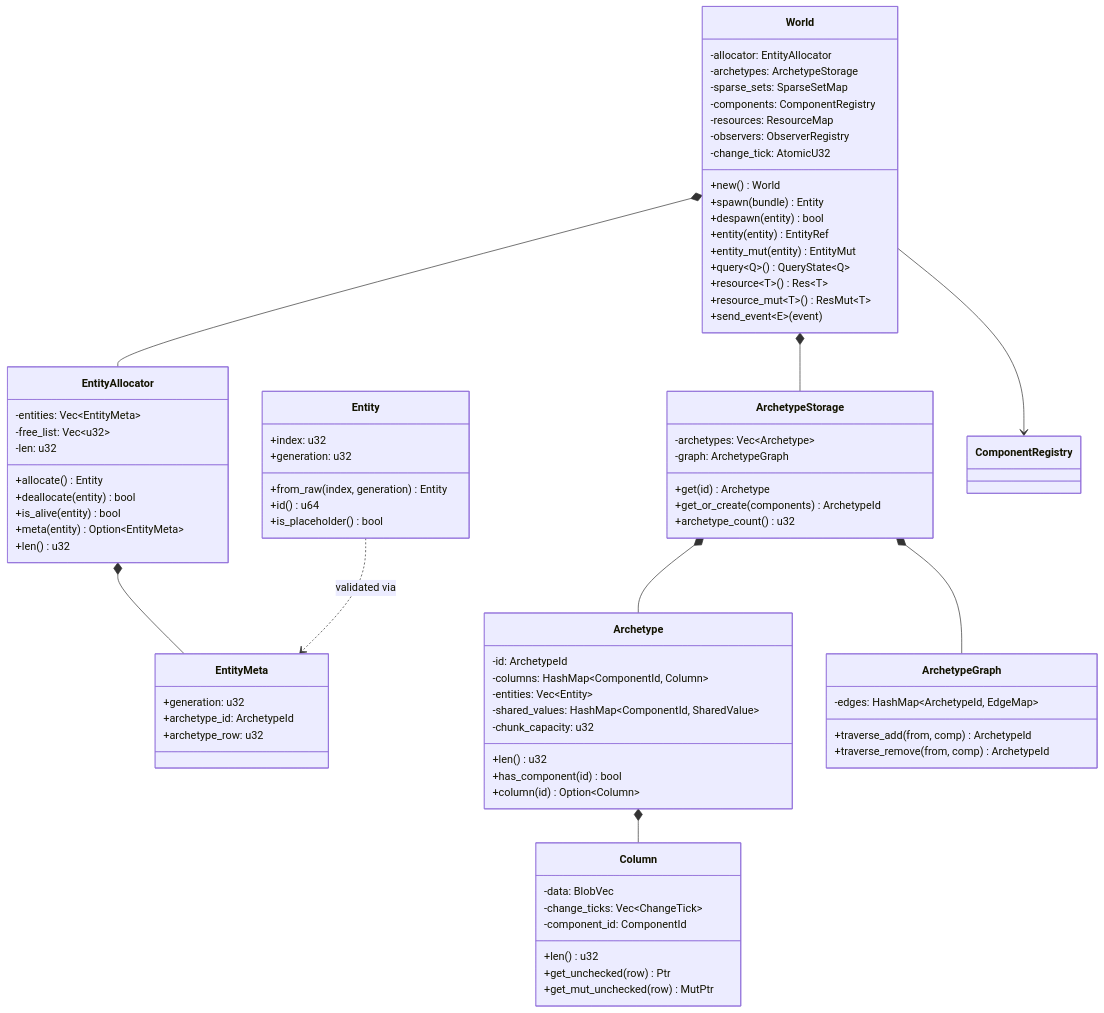
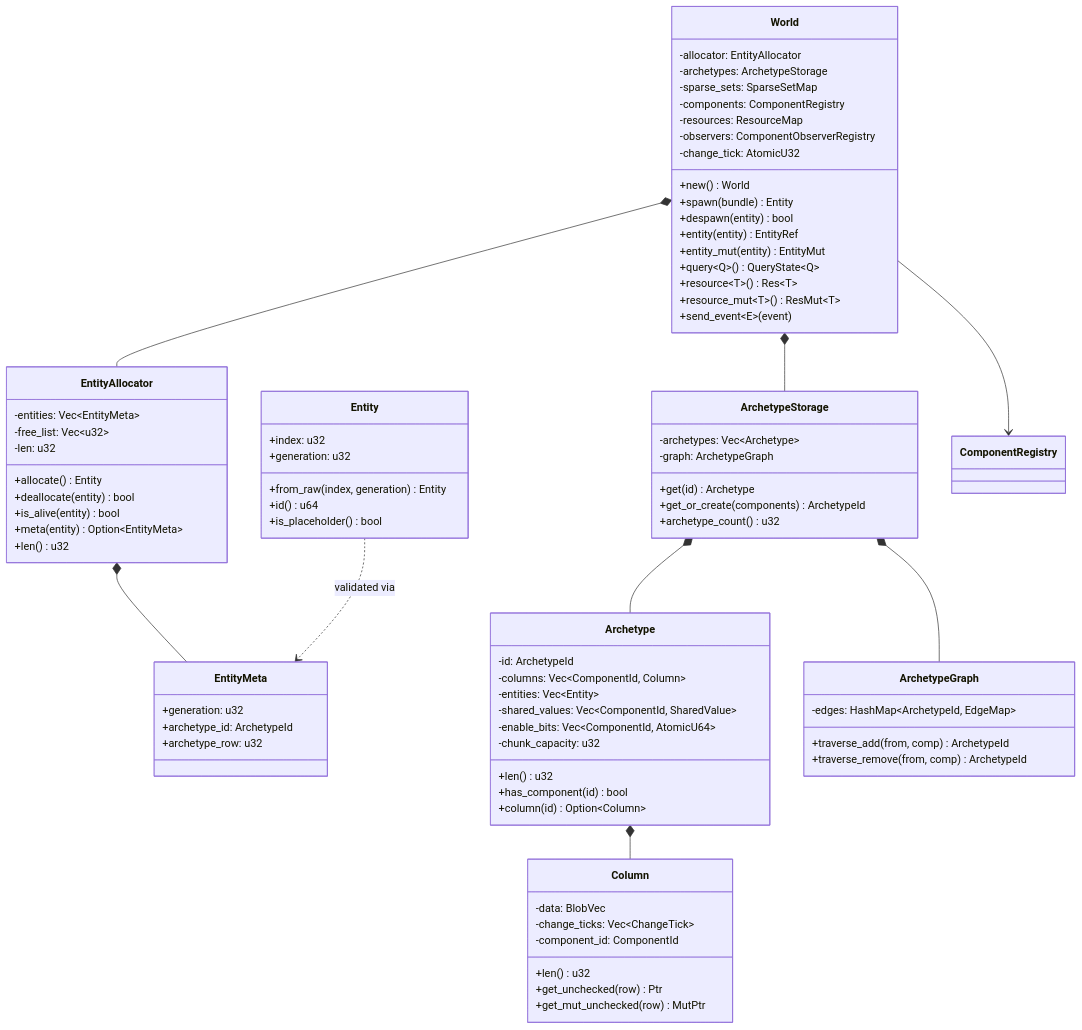
The second of 9 diagrams in docs/design/core-runtime/ecs.md (harmonius-dev/harmonius), drawn with Mermaid before and after one commit. The commit also changed other lines of this file and 143 other files, not shown here.

```diff
--- a/docs/design/core-runtime/ecs.md
+++ b/docs/design/core-runtime/ecs.md
@@ -322,7 +332,7 @@
         -sparse_sets: SparseSetMap
         -components: ComponentRegistry
         -resources: ResourceMap
-        -observers: ObserverRegistry
+        -observers: ComponentObserverRegistry
         -change_tick: AtomicU32
         +new() World
         +spawn(bundle) Entity
@@ -345,9 +355,10 @@
 
     class Archetype {
         -id: ArchetypeId
-        -columns: HashMap~ComponentId, Column~
+        -columns: Vec~ComponentId, Column~
         -entities: Vec~Entity~
-        -shared_values: HashMap~ComponentId, SharedValue~
+        -shared_values: Vec~ComponentId, SharedValue~
+        -enable_bits: Vec~ComponentId, AtomicU64~
         -chunk_capacity: u32
         +len() u32
         +has_component(id) bool
```
